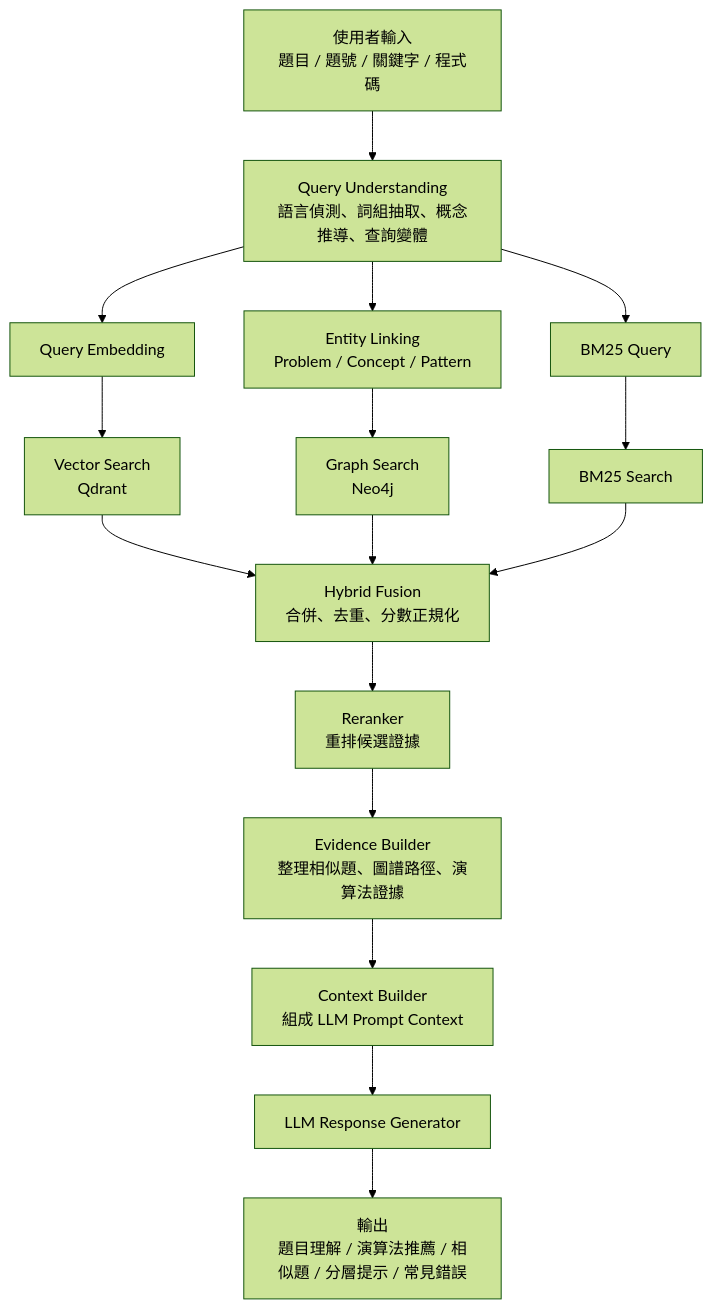
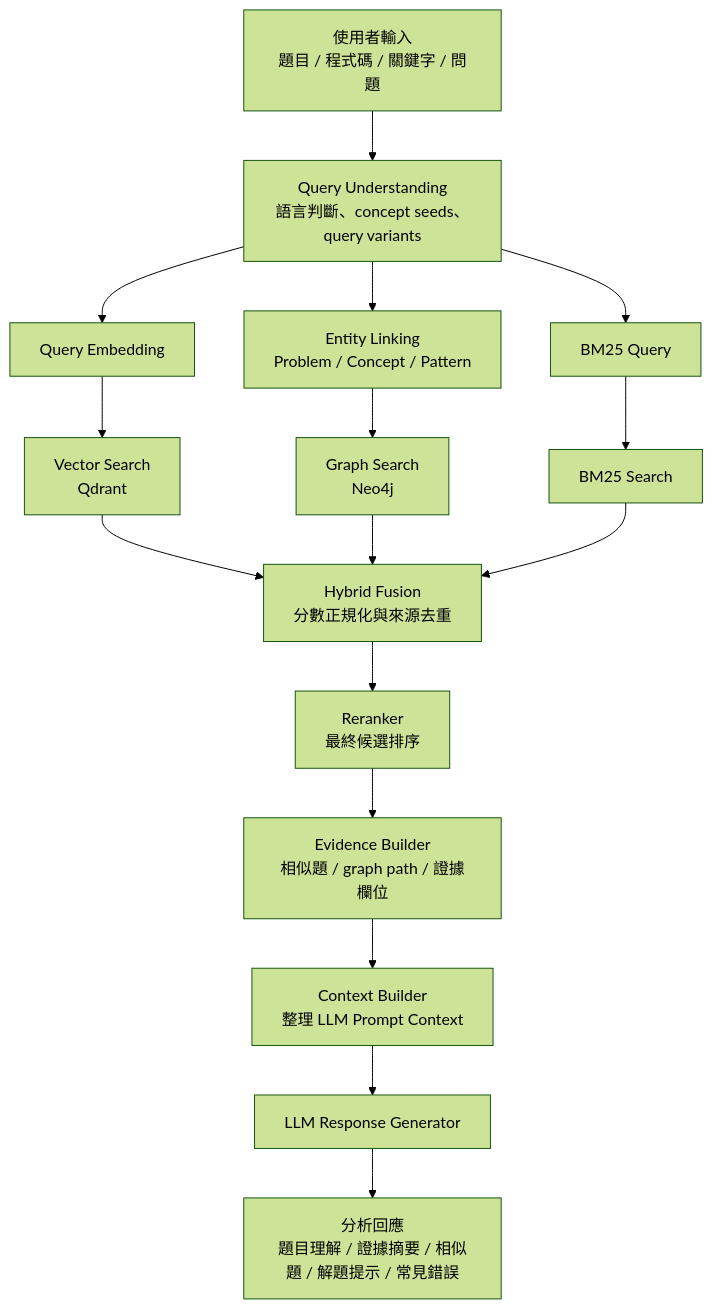
The second of 2 diagrams in README.md (ray910408/knowledgegraph_rag), drawn with Mermaid (forest theme) before and after one commit. The commit also changed other lines of this file and 4 other files, not shown here.

````diff
--- a/README.md
+++ b/README.md
@@ -92,18 +97,18 @@
 ```mermaid
 flowchart TD
-  A["使用者輸入<br/>題目 / 題號 / 關鍵字 / 程式碼"] --> B["Query Understanding<br/>語言偵測、詞組抽取、概念推導、查詢變體"]
+  A["使用者輸入<br/>題目 / 程式碼 / 關鍵字 / 問題"] --> B["Query Understanding<br/>語言判斷、concept seeds、query variants"]
   B --> C["Query Embedding"]
   B --> D["Entity Linking<br/>Problem / Concept / Pattern"]
   B --> E["BM25 Query"]
   C --> F["Vector Search<br/>Qdrant"]
   D --> G["Graph Search<br/>Neo4j"]
   E --> H["BM25 Search"]
-  F --> I["Hybrid Fusion<br/>合併、去重、分數正規化"]
+  F --> I["Hybrid Fusion<br/>分數正規化與來源去重"]
   G --> I
   H --> I
-  I --> J["Reranker<br/>重排候選證據"]
-  J --> K["Evidence Builder<br/>整理相似題、圖譜路徑、演算法證據"]
-  K --> L["Context Builder<br/>組成 LLM Prompt Context"]
+  I --> J["Reranker<br/>最終候選排序"]
+  J --> K["Evidence Builder<br/>相似題 / graph path / 證據欄位"]
+  K --> L["Context Builder<br/>整理 LLM Prompt Context"]
   L --> M["LLM Response Generator"]
-  M --> N["輸出<br/>題目理解 / 演算法推薦 / 相似題 / 分層提示 / 常見錯誤"]
+  M --> N["分析回應<br/>題目理解 / 證據摘要 / 相似題 / 解題提示 / 常見錯誤"]
 ```
````
